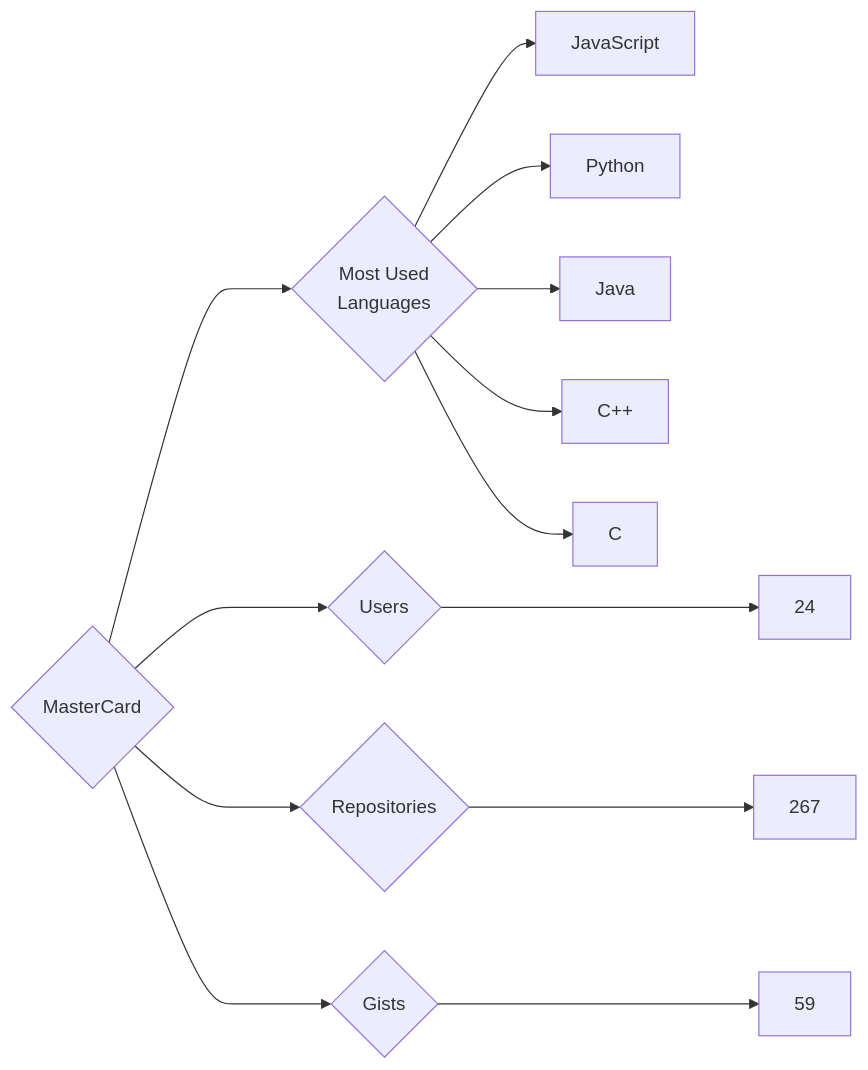
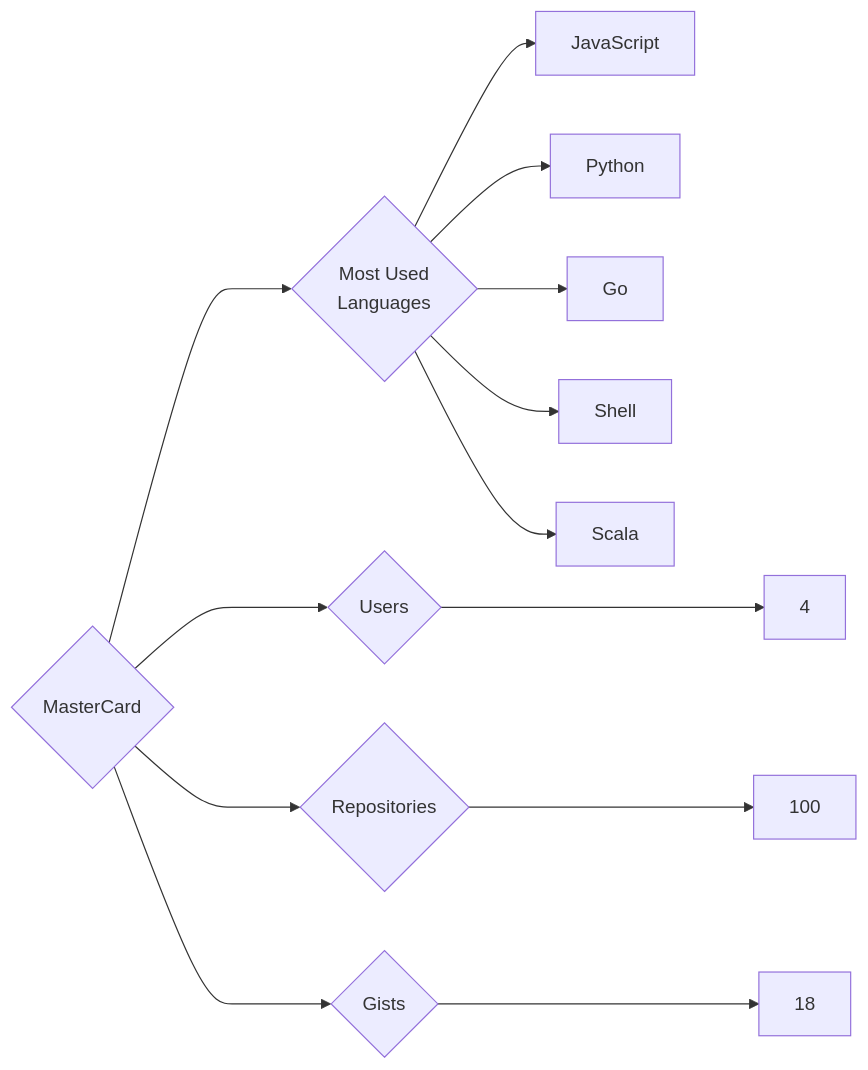
Before and after one commit to trickest/insiders: the diagram in targets/MasterCard/README.md, drawn with Mermaid. The commit also changed 924 other files, not shown here.

````diff
--- a/targets/MasterCard/README.md
+++ b/targets/MasterCard/README.md
@@ -3,13 +3,13 @@
 ```mermaid
 graph LR
 COMPANY_NAME{MasterCard}
-COMPANY_NAME ---> U{Users} ---> UN[24]
-COMPANY_NAME ---> R{Repositories} ---> RN[267]
-COMPANY_NAME ---> G{Gists} ---> GN[59]
+COMPANY_NAME ---> U{Users} ---> UN[4]
+COMPANY_NAME ---> R{Repositories} ---> RN[100]
+COMPANY_NAME ---> G{Gists} ---> GN[18]
 COMPANY_NAME ---> ML{Most Used<br>Languages}
 ML --> JavaScript[JavaScript]
 ML --> Python[Python]
-ML --> Java[Java]
-ML --> C++[C++]
-ML --> C[C]
+ML --> Go[Go]
+ML --> Shell[Shell]
+ML --> Scala[Scala]
 ```
````
